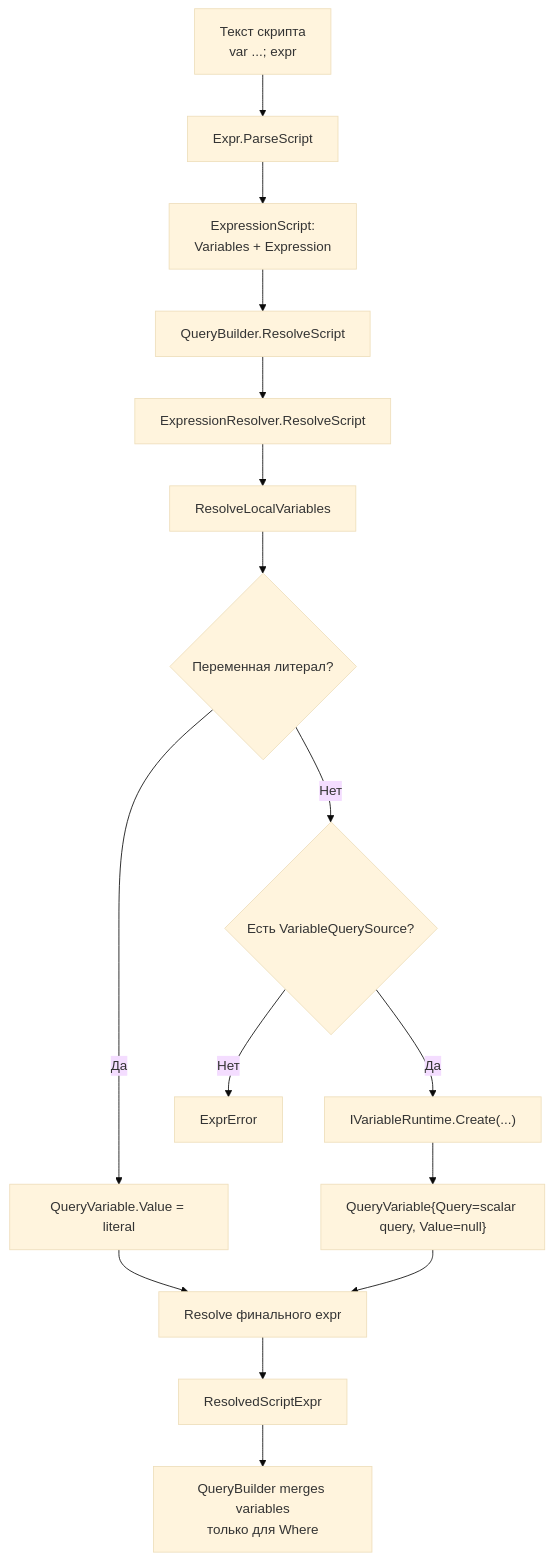
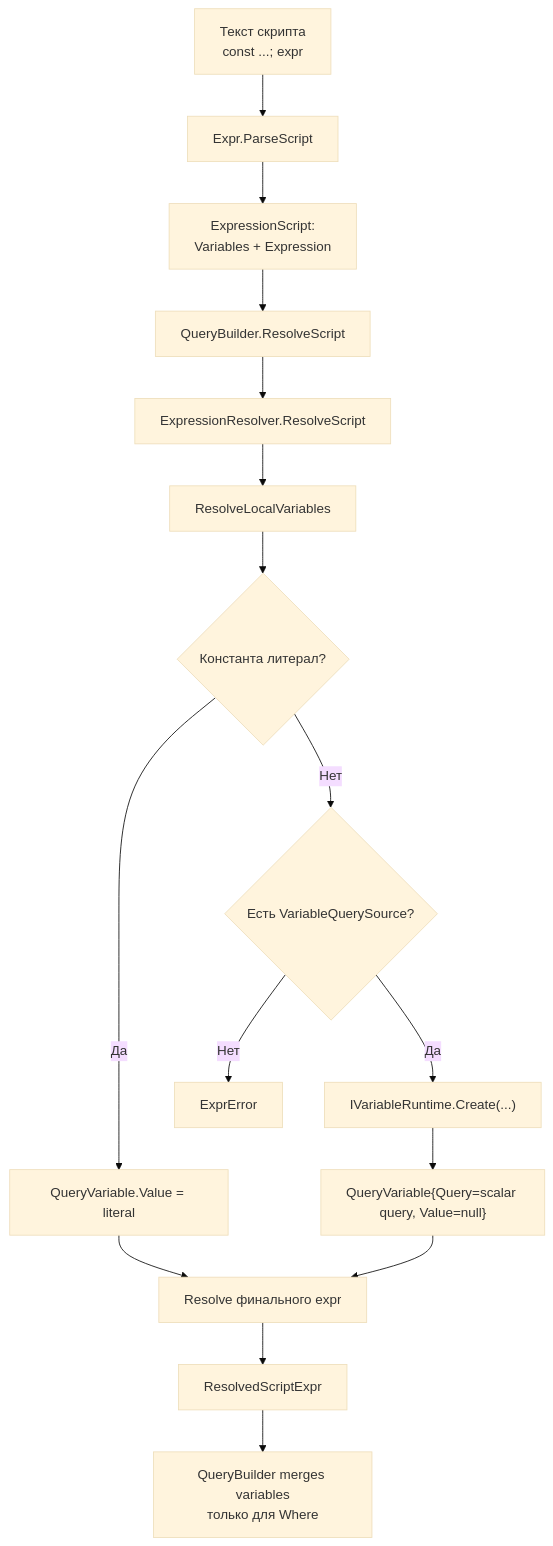
One commit to MikeKondr99/ReData changed the first of 4 diagrams in docs/variable-runtime-flow.md. Above: the diagram before and after it, drawn with Mermaid (base theme). The commit also changed other lines of this file and 26 other files, not shown here.

````diff
--- a/docs/variable-runtime-flow.md
+++ b/docs/variable-runtime-flow.md
@@ -12,18 +12,18 @@
 ```mermaid
 flowchart TD
-    A["Текст скрипта<br/>var ...; expr"] --> B["Expr.ParseScript"]
+    A["Текст скрипта<br/>const ...; expr"] --> B["Expr.ParseScript"]
     B --> C["ExpressionScript:<br/>Variables + Expression"]
     C --> D["QueryBuilder.ResolveScript"]
     D --> E["ExpressionResolver.ResolveScript"]
     E --> F["ResolveLocalVariables"]
-    F --> G{"Переменная литерал?"}
+    F --> G{"Константа литерал?"}
     G -- "Да" --> H["QueryVariable.Value = literal"]
     G -- "Нет" --> I{"Есть VariableQuerySource?"}
     I -- "Нет" --> J["ExprError"]
     I -- "Да" --> K["IVariableRuntime.Create(...)"]
     K --> L["QueryVariable{Query=scalar query, Value=null}"]
     H --> M["Resolve финального expr"]
     L --> M
     M --> N["ResolvedScriptExpr"]
     N --> O["QueryBuilder merges variables<br/>только для Where"]
 ```
````
